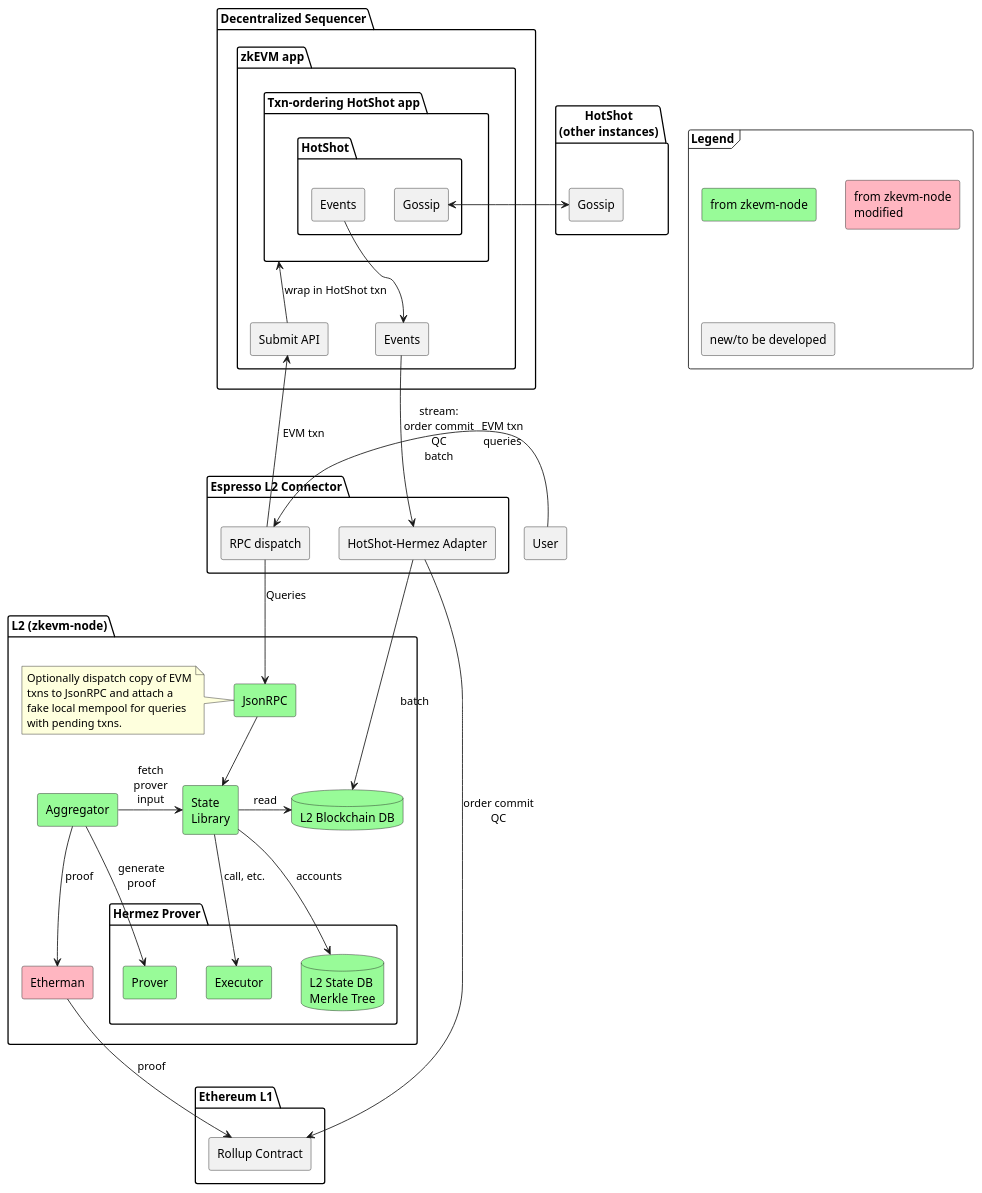
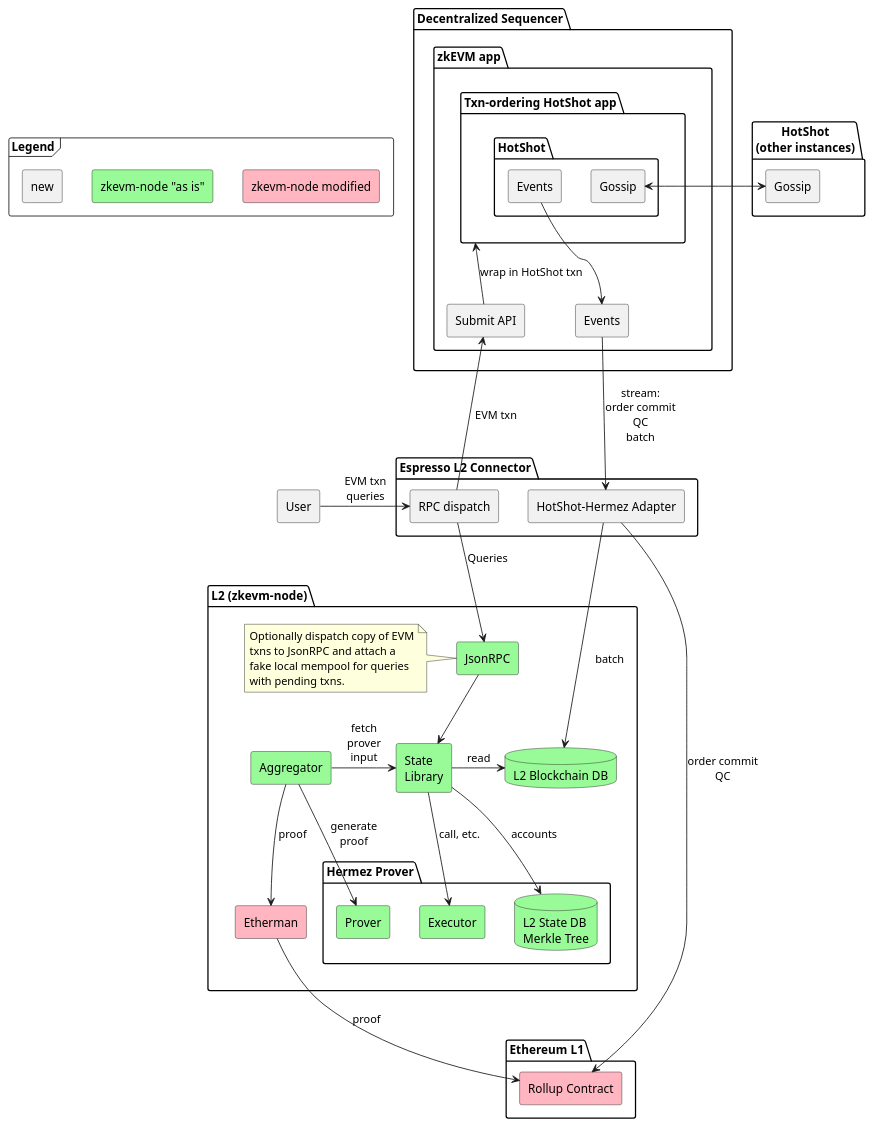
Before and after one commit to EspressoSystems/espresso-sequencer: the diagram in doc/architecture.puml, drawn with PlantUML. The commit also changed 1 other file, not shown here.

Commit message:
Mark rollup contract as "modified"
- Fix layout

```diff
--- a/doc/architecture.puml
+++ b/doc/architecture.puml
@@ -1,92 +1,98 @@
 @startuml
 skinparam componentStyle rectangle
 
 frame Legend {
-  component "from zkevm-node" #PaleGreen
-  component "from zkevm-node\nmodified" #LightPink
-  component "new/to be developed"
+  component "zkevm-node "as is"" as Original #PaleGreen
+  component "zkevm-node modified" as Modified #LightPink
+  component "new" as New
 }
+
+New -[hidden]r-> Original
+Original -[hidden]r-> Modified
 
 component User
 package "HotShot\n(other instances)" as HotShotExternal {
   component "Gossip" as GossipExternal
 }
 
 package "Decentralized Sequencer" {
   package "zkEVM app" as zkApp {
     component Events
     component "Submit API" as Submit
     package "Txn-ordering HotShot app" as App {
       package HotShot {
         component "Gossip" as GossipInternal
         component "Events" as HotShotEvents
       }
     }
   }
 }
 
 
 package "Espresso L2 Connector" as Connector {
   component "HotShot-Hermez Adapter" as Adapter
   component "RPC dispatch" as Dispatch
 }
 
 package "Ethereum L1" as L1 {
-  component "Rollup Contract" as Rollup
+  component "Rollup Contract" as Rollup #LightPink
   ' component "Bridge L1" as BridgeL1 #PaleGreen
 }
 
 
 package "L2 (zkevm-node)" as L2 {
   component JsonRPC #PaleGreen
   note left of JsonRPC
     Optionally dispatch copy of EVM
     txns to JsonRPC and attach a
     fake local mempool for queries
     with pending txns.
   end note
   database L2DB #PaleGreen [
     L2 Blockchain DB
   ]
   package "Hermez Prover" as HermezProver {
     component Prover #PaleGreen
     component Executor #PaleGreen
     database Tree #PaleGreen [
       L2 State DB
       Merkle Tree
     ]
   }
   'component "Bridge L2" as BridgeL2 #PaleGreen
   component Etherman #LightPink
   component Aggregator #PaleGreen
   component "State\nLibrary" as State #PaleGreen
 }
 
 User -> Dispatch: EVM txn\nqueries
+'positions the box in a better place
+User -[hidden]> L2
+
 Dispatch --> JsonRPC: Queries
 Dispatch -up-> Submit: EVM txn
 
 GossipInternal <-> GossipExternal
 
 Events --> Adapter: stream:\norder commit\nQC\nbatch
 
 Adapter -> L2DB: batch
 Adapter -> Rollup: order commit\nQC
 
 JsonRPC --> State
 
 State -> L2DB: read
 State --> Tree: accounts
 State --> Executor: call, etc.
 
 Aggregator -> State: fetch\nprover\ninput
 Aggregator --> Etherman: proof
 Aggregator -> Prover: generate\nproof
 Etherman --> Rollup: proof
 
 ' Prover ..> BridgeL2
 ' User --> BridgeL1
 Submit -up-> App: wrap in HotShot txn
 HotShotEvents -down-> Events
 
 @enduml
```
